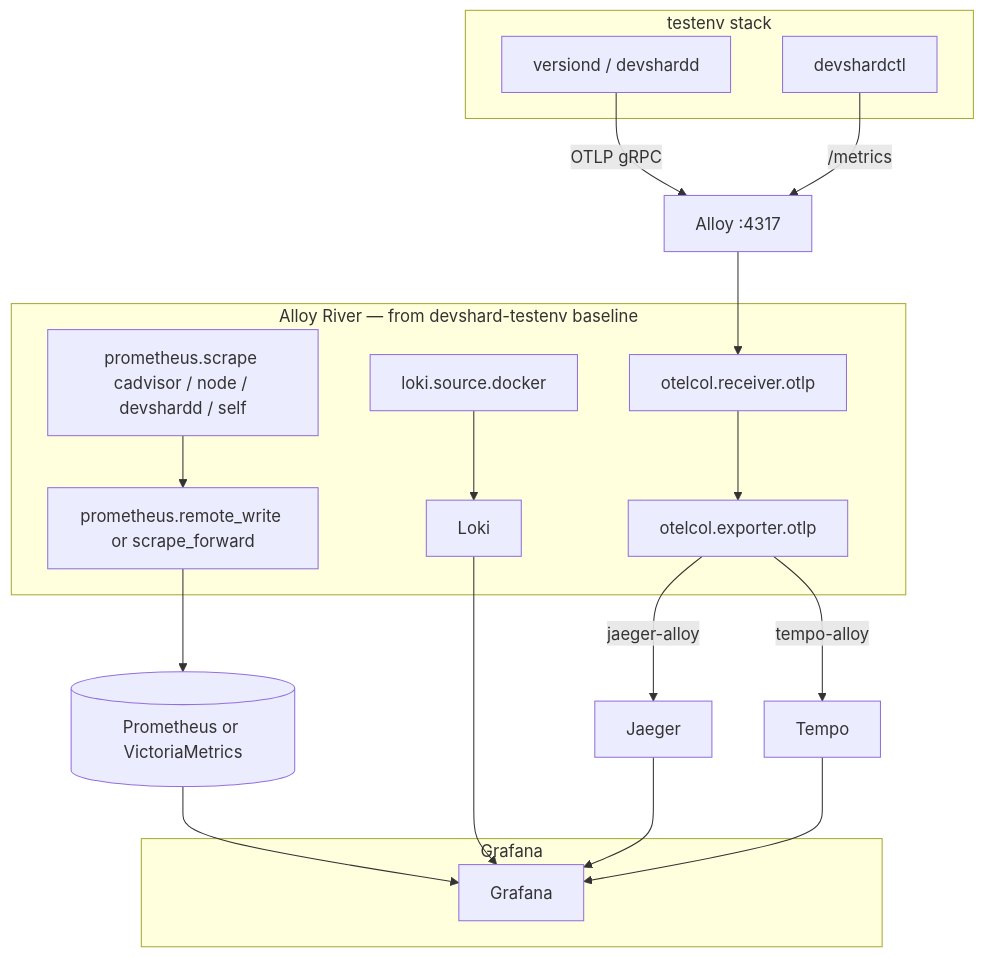
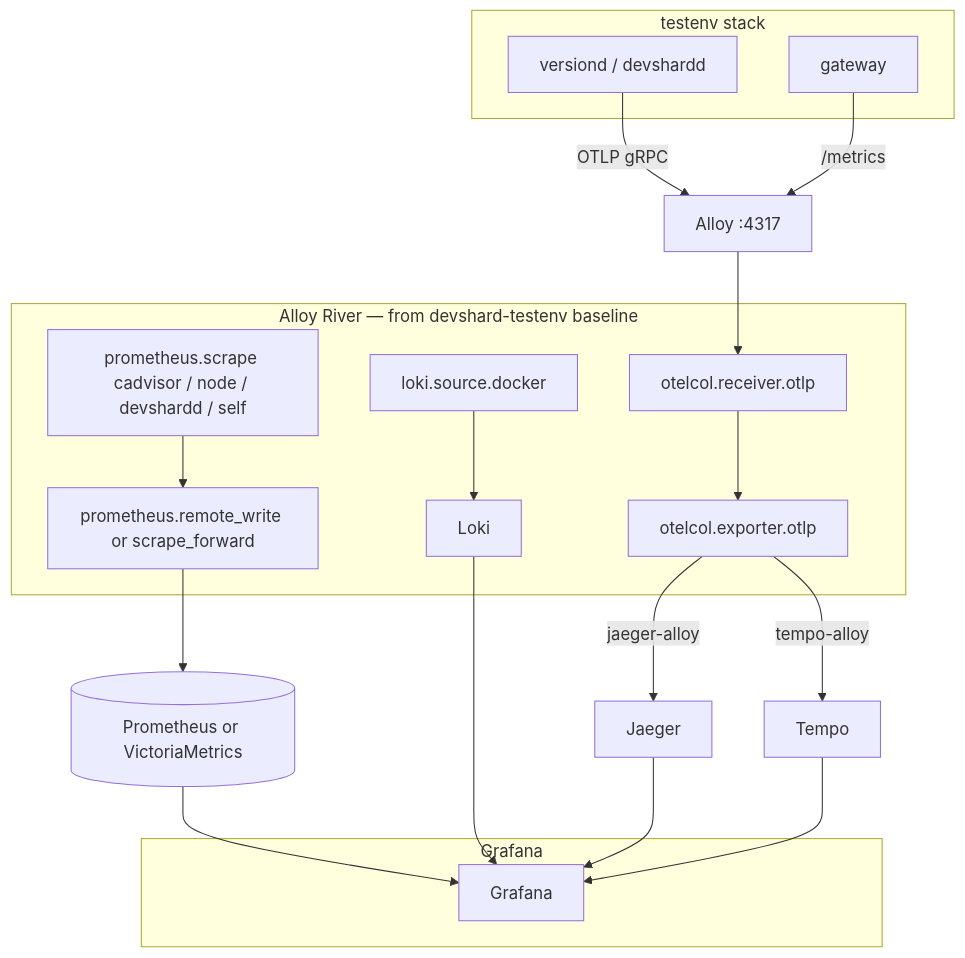
The second of 2 diagrams in devshard/testenv/docs/observability-plan.md (gonka-ai/gonka), drawn with Mermaid before and after one commit. The commit also changed other lines of this file and 620 other files, not shown here.

````diff
--- a/devshard/testenv/docs/observability-plan.md
+++ b/devshard/testenv/docs/observability-plan.md
@@ -100,33 +100,33 @@
 ```mermaid
 flowchart TB
   subgraph apps [testenv stack]
     VD[versiond / devshardd]
-    CTL[devshardctl]
+    CTL[gateway]
   end
 
   VD -->|OTLP gRPC| AL[Alloy :4317]
   CTL -->|/metrics| AL
 
   subgraph alloy_pipeline [Alloy River — from devshard-testenv baseline]
     AL_IN[otelcol.receiver.otlp]
     AL_SCRAPE[prometheus.scrape cadvisor / node / devshardd / self]
     AL_LOGS[loki.source.docker]
     AL_IN --> AL_EXP[otelcol.exporter.otlp]
     AL_SCRAPE --> AL_RW[prometheus.remote_write or scrape_forward]
     AL_LOGS --> LOKI[Loki]
   end
 
   AL --> AL_IN
   AL_EXP -->|jaeger-alloy| J[Jaeger]
   AL_EXP -->|tempo-alloy| T[Tempo]
 
   AL_RW --> METRICS[(Prometheus or VictoriaMetrics)]
 
   subgraph ui [Grafana]
     G[Grafana]
   end
   METRICS --> G
   LOKI --> G
   J --> G
   T --> G
 ```
````
